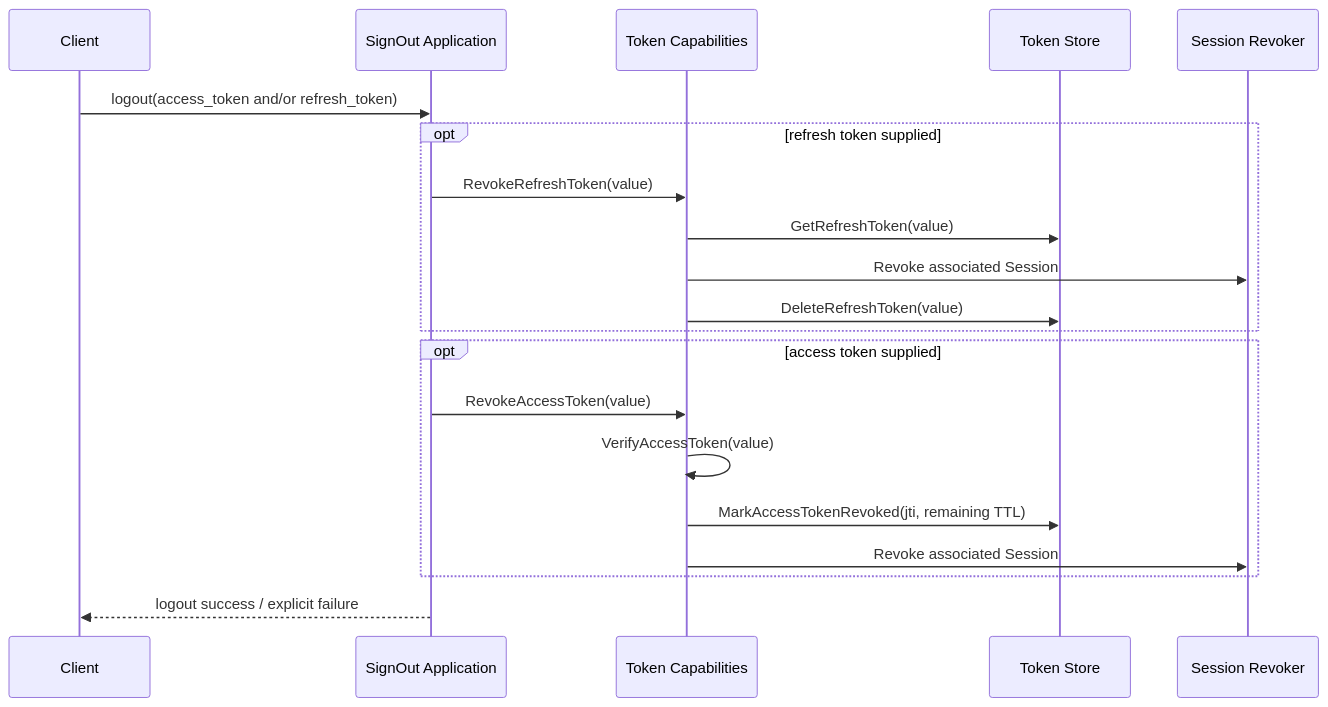
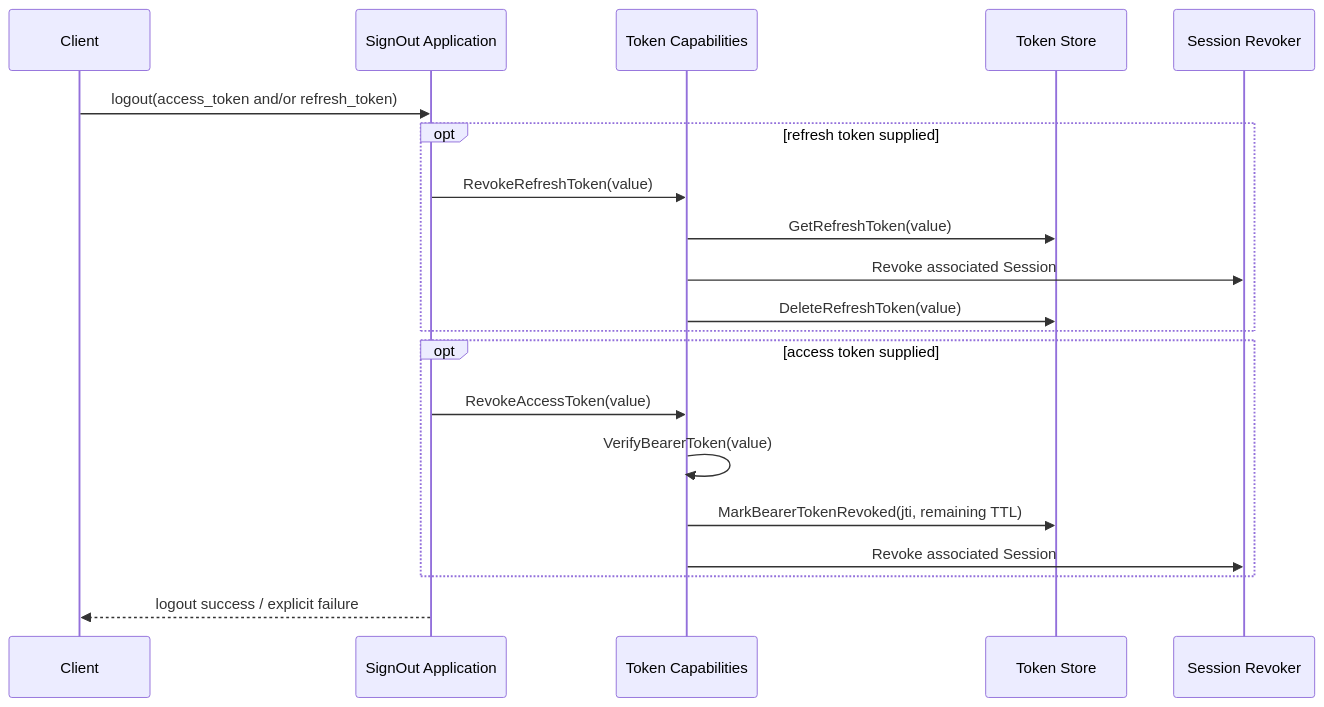
Before and after one commit to FangcunMount/iam: the sixth of 9 diagrams in docs/02-业务模块/02-AuthN/05-关键链路-Token签发刷新吊销.md, drawn with Mermaid. The commit also changed other lines of this file and 9 other files, not shown here.

````diff
--- a/docs/02-业务模块/02-AuthN/05-关键链路-Token签发刷新吊销.md
+++ b/docs/02-业务模块/02-AuthN/05-关键链路-Token签发刷新吊销.md
@@ -498,23 +498,23 @@
 ```mermaid
 sequenceDiagram
     participant C as Client
     participant S as SignOut Application
     participant T as Token Capabilities
     participant TS as Token Store
     participant SS as Session Revoker
 
     C->>S: logout(access_token and/or refresh_token)
     opt refresh token supplied
         S->>T: RevokeRefreshToken(value)
         T->>TS: GetRefreshToken(value)
         T->>SS: Revoke associated Session
         T->>TS: DeleteRefreshToken(value)
     end
     opt access token supplied
         S->>T: RevokeAccessToken(value)
-        T->>T: VerifyAccessToken(value)
-        T->>TS: MarkAccessTokenRevoked(jti, remaining TTL)
+        T->>T: VerifyBearerToken(value)
+        T->>TS: MarkBearerTokenRevoked(jti, remaining TTL)
         T->>SS: Revoke associated Session
     end
     S-->>C: logout success / explicit failure
 ```
````
